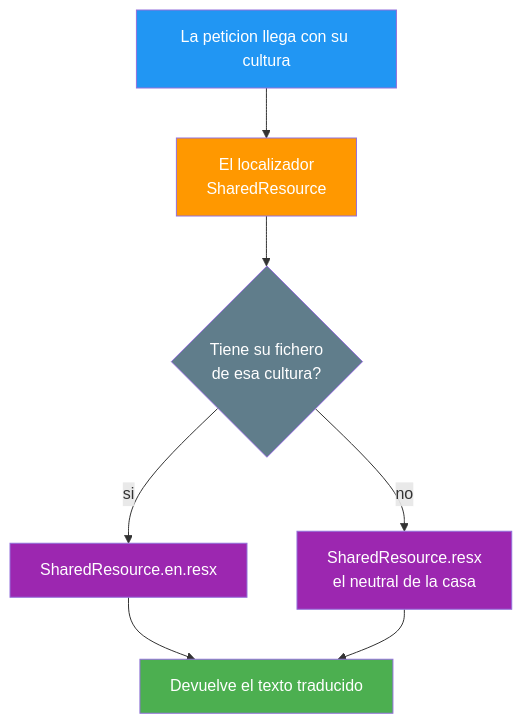
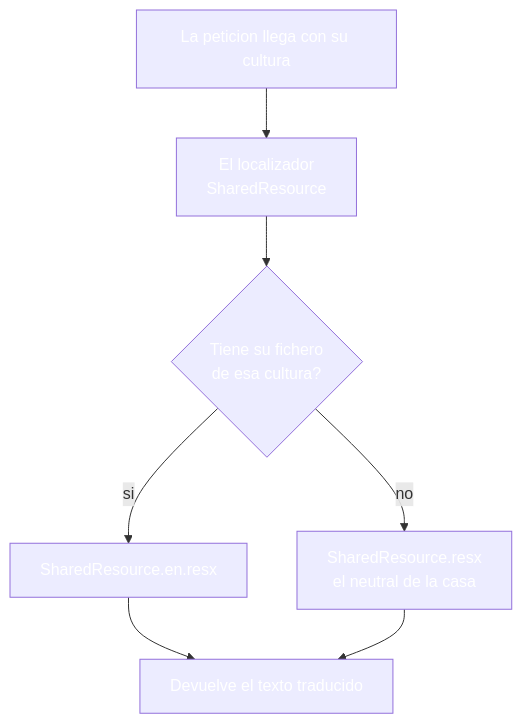
Before and after one commit to joseluisgs/DesarrolloWebEntornosServidor-03-2026-2027: the second of 5 diagrams in 22-i18n-localizacion.md, drawn with Mermaid. The commit also changed other lines of this file and 30 other files, not shown here.

````diff
--- a/22-i18n-localizacion.md
+++ b/22-i18n-localizacion.md
@@ -146,15 +146,15 @@
 ```mermaid
 graph TD
     P["La peticion llega con su cultura"] --> L["El localizador<br/>SharedResource"]
     L --> A{"Tiene su fichero<br/>de esa cultura?"}
     A -->|si| R["SharedResource.en.resx"]
     A -->|no| N["SharedResource.resx<br/>el neutral de la casa"]
     R --> T["Devuelve el texto traducido"]
     N --> T
-    style P fill:#2196F3,color:#fff
-    style L fill:#FF9800,color:#fff
-    style A fill:#607D8B,color:#fff
-    style R fill:#9C27B0,color:#fff
-    style N fill:#9C27B0,color:#fff
-    style T fill:#4CAF50,color:#fff
+    style P fill:#2196F,color:#fff3,color:#fff
+    style L fill:#FF980,color:#fff0,color:#fff
+    style A fill:#607D8,color:#fffB,color:#fff
+    style R fill:#9C27B,color:#fff0,color:#fff
+    style N fill:#9C27B,color:#fff0,color:#fff
+    style T fill:#4CAF5,color:#fff0,color:#fff
 ```
````
